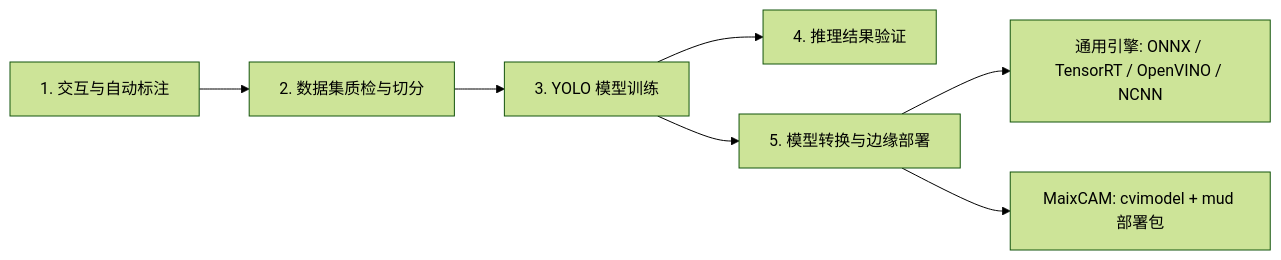
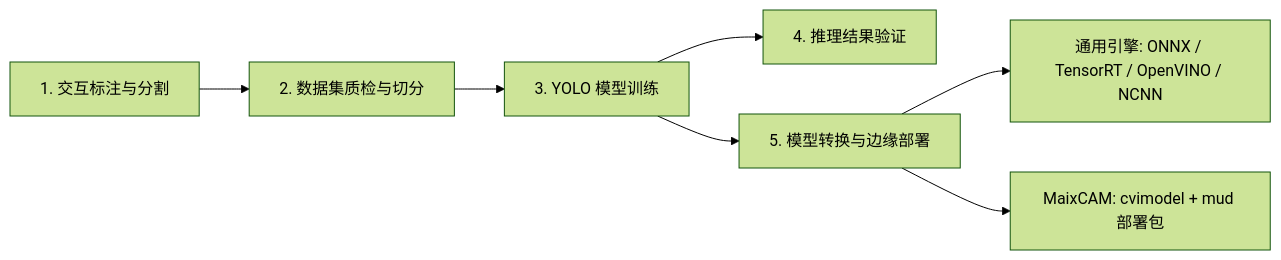
The first of 2 diagrams in README.md (shadowzhz/YOLO-Studio), drawn with Mermaid (forest theme) before and after one commit. The commit also changed other lines of this file and 12 other files, not shown here.

````diff
--- a/README.md
+++ b/README.md
@@ -58,9 +58,9 @@
 ```mermaid
 graph LR
-    A[1. 交互与自动标注] --> B[2. 数据集质检与切分]
+    A[1. 交互标注与分割] --> B[2. 数据集质检与切分]
     B --> C[3. YOLO 模型训练]
     C --> D[4. 推理结果验证]
     C --> E[5. 模型转换与边缘部署]
     E --> E1[通用引擎: ONNX / TensorRT / OpenVINO / NCNN]
     E --> E2[MaixCAM: cvimodel + mud 部署包]
 ```
````
